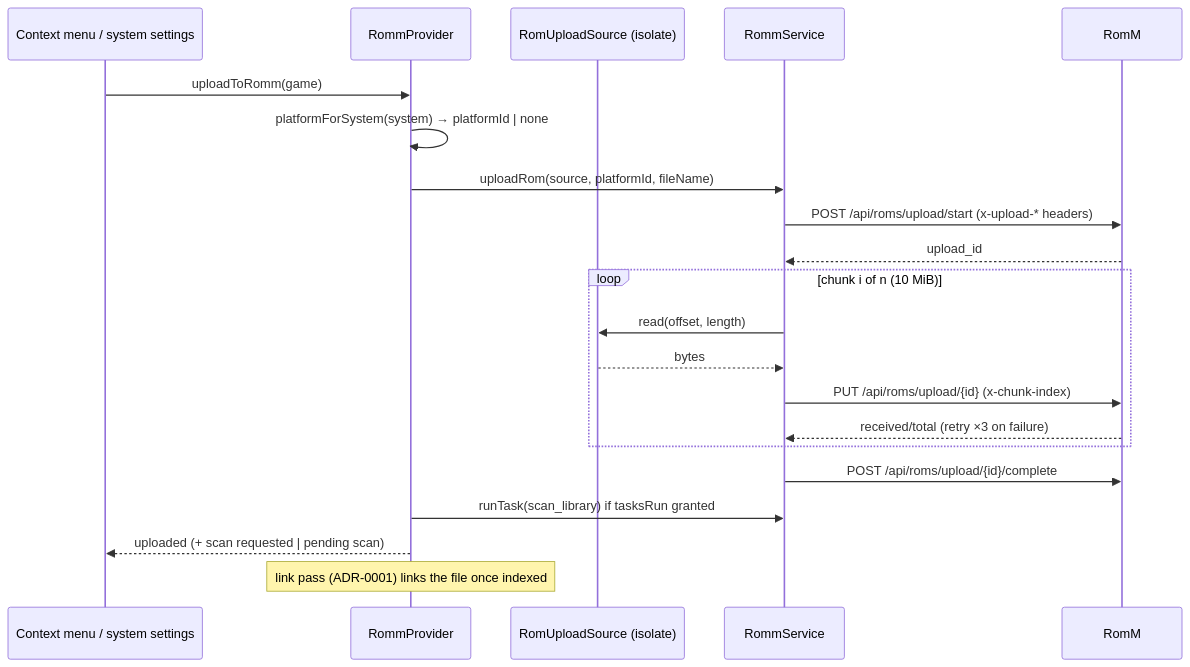
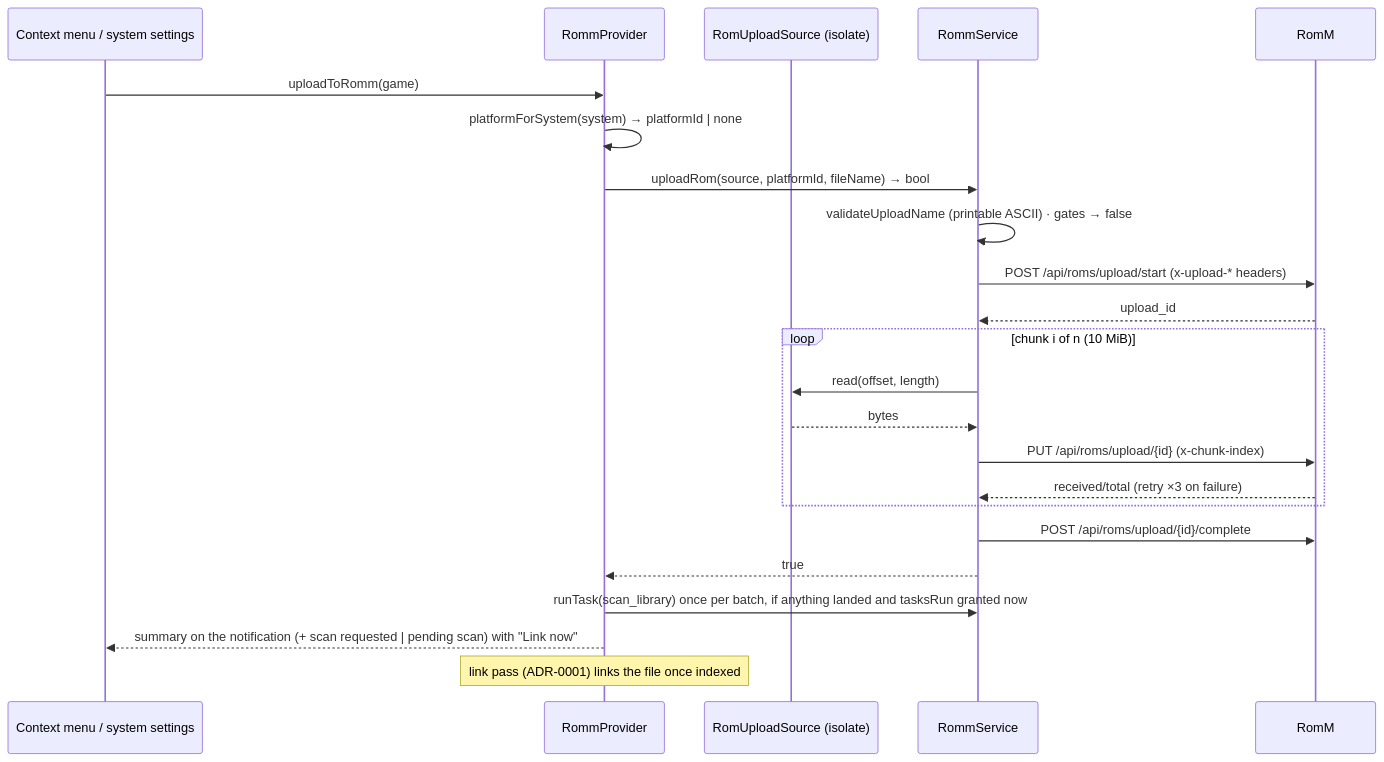
Before and after one commit to jonstump/neostation-frontend: the diagram in sdd/adrs/ADR-0014-upload-local-roms-to-romm-in-chunks.md, drawn with Mermaid. The commit also changed other lines of this file and 2 other files, not shown here.

First line of the commit message:
docs(sdd): batch design doc updates for the ROM upload sprint (#225)

````diff
--- a/sdd/adrs/ADR-0014-upload-local-roms-to-romm-in-chunks.md
+++ b/sdd/adrs/ADR-0014-upload-local-roms-to-romm-in-chunks.md
@@ -78,24 +79,26 @@
 ```mermaid
 sequenceDiagram
     participant UI as Context menu / system settings
     participant P as RommProvider
     participant Src as RomUploadSource (isolate)
     participant S as RommService
     participant R as RomM
 
     UI->>P: uploadToRomm(game)
     P->>P: platformForSystem(system) → platformId | none
-    P->>S: uploadRom(source, platformId, fileName)
+    P->>S: uploadRom(source, platformId, fileName) → bool
+    S->>S: validateUploadName (printable ASCII) · gates → false
     S->>R: POST /api/roms/upload/start (x-upload-* headers)
     R-->>S: upload_id
     loop chunk i of n (10 MiB)
         S->>Src: read(offset, length)
         Src-->>S: bytes
         S->>R: PUT /api/roms/upload/{id} (x-chunk-index)
         R-->>S: received/total (retry ×3 on failure)
     end
     S->>R: POST /api/roms/upload/{id}/complete
-    P->>S: runTask(scan_library) if tasksRun granted
-    P-->>UI: uploaded (+ scan requested | pending scan)
+    S-->>P: true
+    P->>S: runTask(scan_library) once per batch, if anything landed and tasksRun granted now
+    P-->>UI: summary on the notification (+ scan requested | pending scan) with "Link now"
     Note over P: link pass (ADR-0001) links the file once indexed
 ```
````
